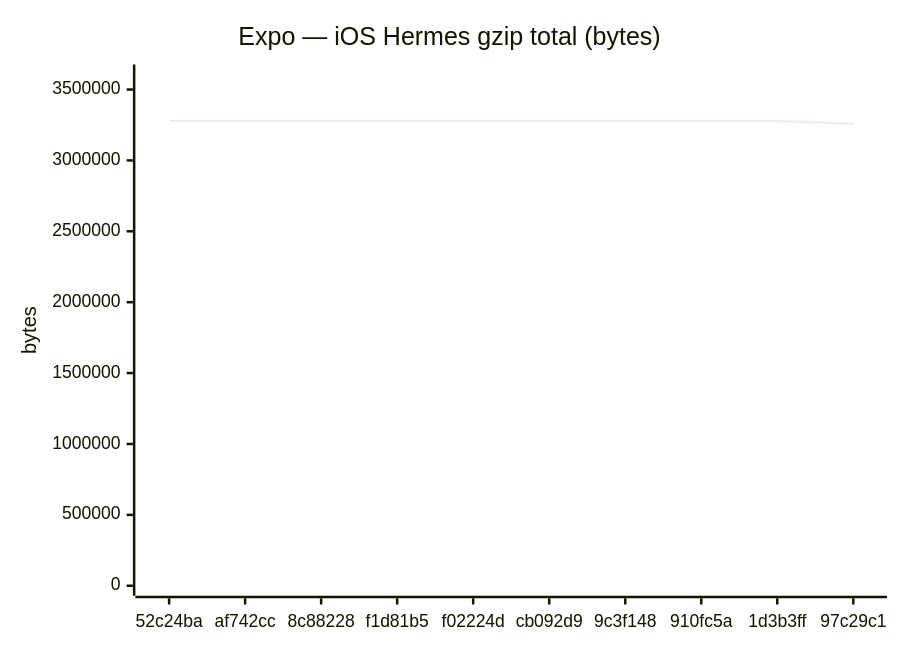
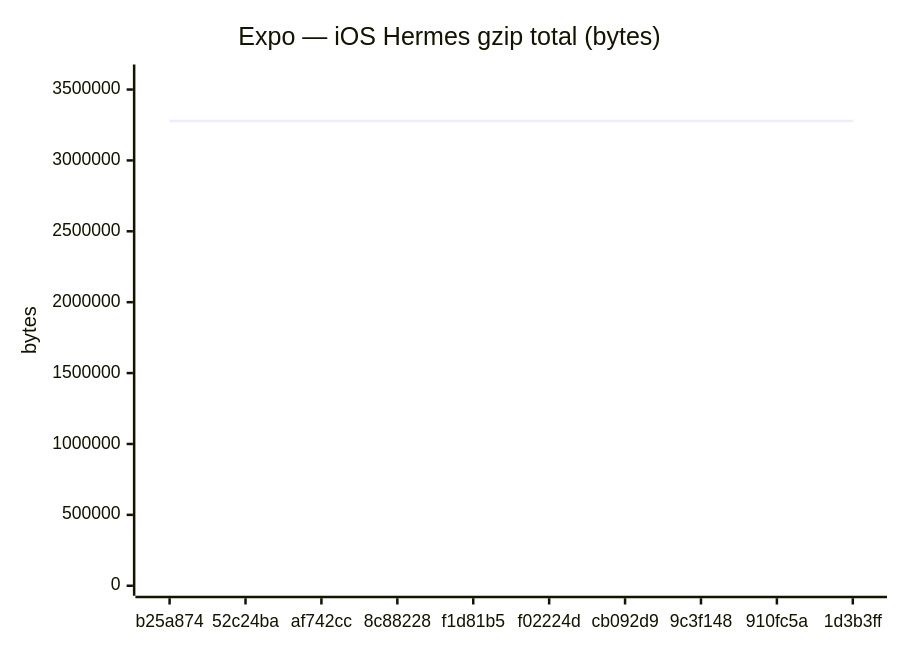
Before and after one commit to Metaheurist/Rianell: the sixth of 18 diagrams in benchmarks/compare.md, drawn with Mermaid. The commit also changed other lines of this file and 11 other files, not shown here.

````diff
--- a/benchmarks/compare.md
+++ b/benchmarks/compare.md
@@ -96,7 +96,7 @@
 ```mermaid
 xychart-beta
     title "Expo — iOS Hermes gzip total (bytes)"
-    x-axis ["52c24ba", "af742cc", "8c88228", "f1d81b5", "f02224d", "cb092d9", "9c3f148", "910fc5a", "1d3b3ff", "97c29c1"]
+    x-axis ["b25a874", "52c24ba", "af742cc", "8c88228", "f1d81b5", "f02224d", "cb092d9", "9c3f148", "910fc5a", "1d3b3ff"]
     y-axis "bytes" 0 --> 3606021
-    line [3278191, 3278197, 3277689, 3278200, 3278200, 3278198, 3278199, 3277688, 3278198, 3258272]
+    line [3278199, 3278191, 3278197, 3277689, 3278200, 3278200, 3278198, 3278199, 3277688, 3278198]
 ```
````
